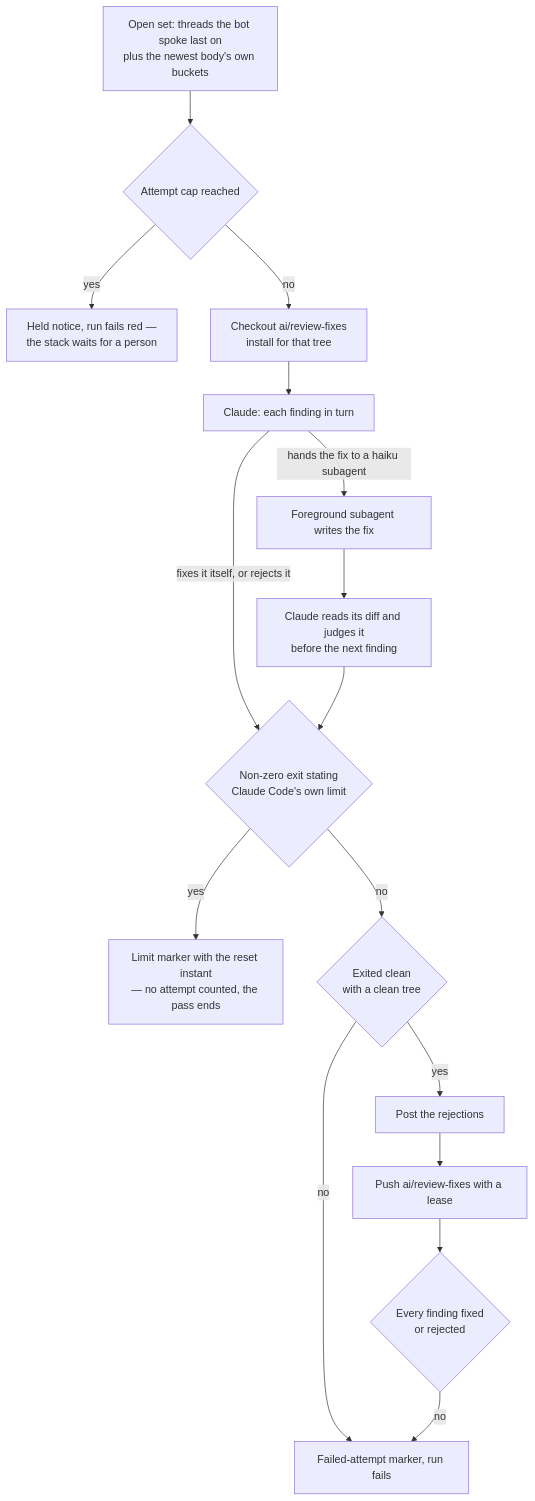
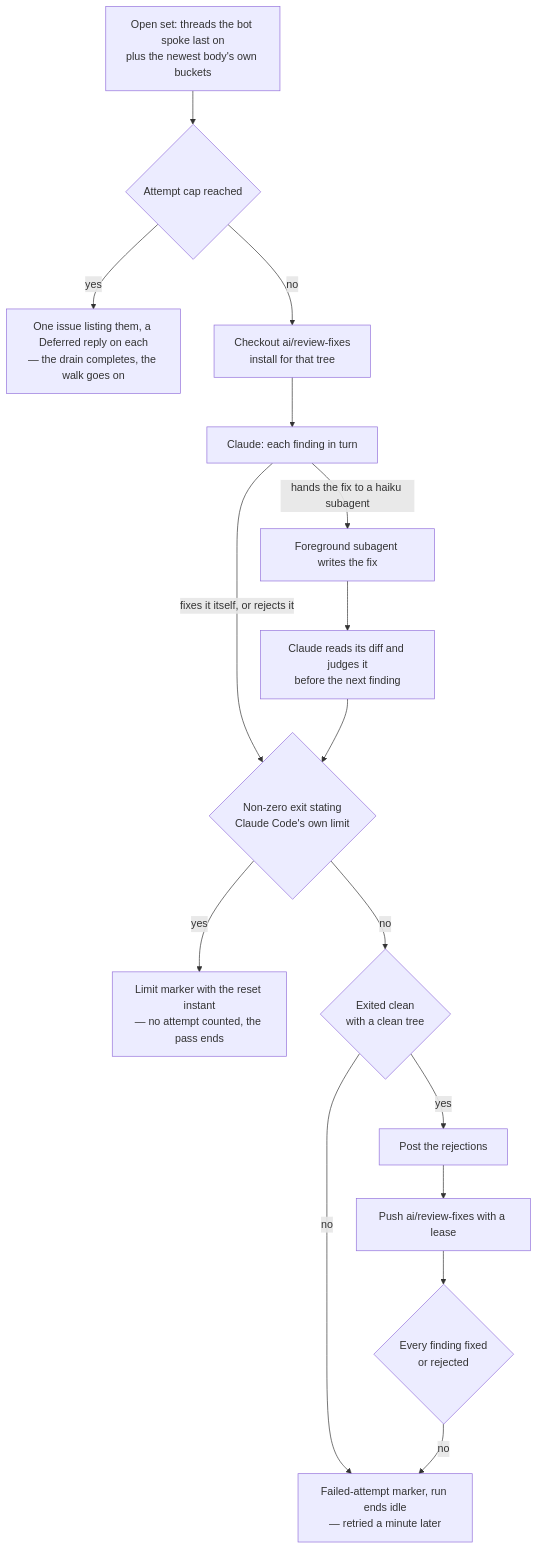
Before and after one commit to Esposter/Esposter: the diagram in apps/web/content/docs/infra/review-collector/drain.md, drawn with Mermaid. The commit also changed other lines of this file and 8 other files, not shown here.

First line of the commit message:
docs(review-collector): a drain past its cap defers its findings to one issue and the walk goes on, and a bot reply to the collector's answer is never drained again

````diff
--- a/apps/web/content/docs/infra/review-collector/drain.md
+++ b/apps/web/content/docs/infra/review-collector/drain.md
@@ -10,16 +10,16 @@
 ```mermaid
 flowchart TD
   O[Open set: threads the bot spoke last on<br/>plus the newest body's own buckets] --> Q{Attempt cap reached}
-  Q -->|yes| P[Held notice, run fails red —<br/>the stack waits for a person]
+  Q -->|yes| P[One issue listing them, a Deferred reply on each<br/>— the drain completes, the walk goes on]
   Q -->|no| B[Checkout ai/review-fixes<br/>install for that tree]
   B --> C[Claude: each finding in turn]
   C -->|fixes it itself, or rejects it| R{Non-zero exit stating<br/>Claude Code's own limit}
   C -->|hands the fix to a haiku subagent| S[Foreground subagent writes the fix]
   S --> J[Claude reads its diff and judges it<br/>before the next finding] --> R
   R -->|yes| M[Limit marker with the reset instant<br/>— no attempt counted, the pass ends]
   R -->|no| E{Exited clean<br/>with a clean tree}
-  E -->|no| F[Failed-attempt marker, run fails]
+  E -->|no| F[Failed-attempt marker, run ends idle<br/>— retried a minute later]
   E -->|yes| V[Post the rejections] --> PU[Push ai/review-fixes with a lease]
   PU --> U{Every finding fixed<br/>or rejected}
   U -->|no| F
 ```
````
